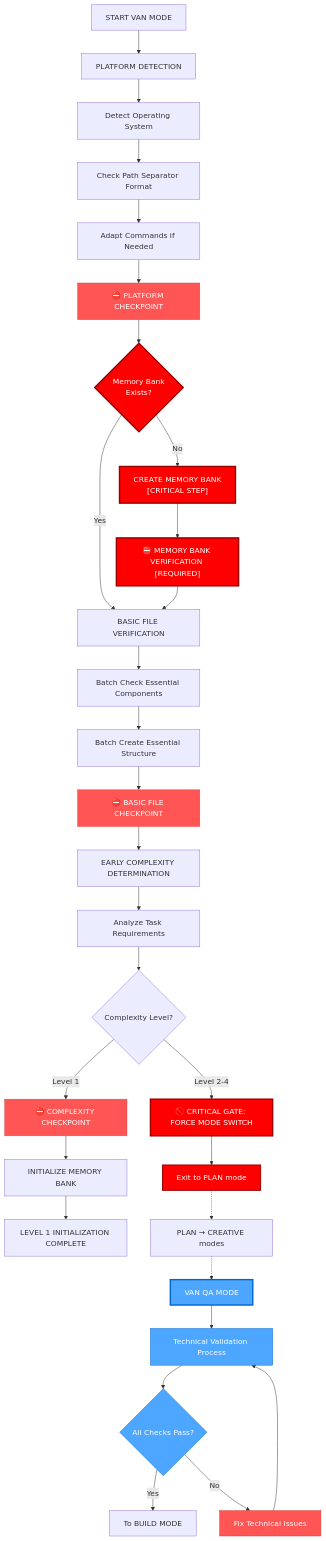
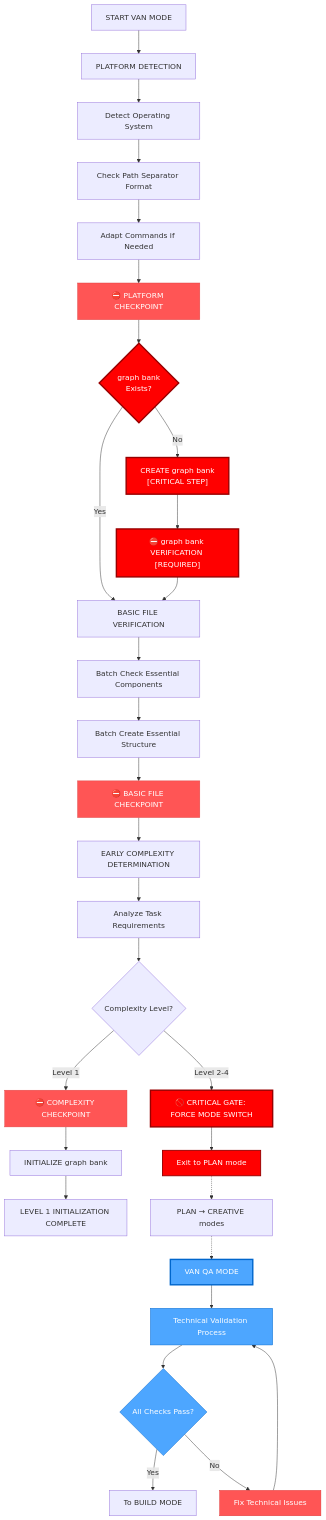
The first of 13 diagrams in .cursor/rules/isolation_rules/visual-maps/van_mode_split/van-mode-map.mdc (7Spade/cursor-memory-bank), drawn with Mermaid before and after one commit. The commit also changed other lines of this file and 43 other files, not shown here.

Commit message:
refactor: Update terminology from "Memory Bank" to "graph bank" across all relevant files, enhancing consistency in documentation and improving clarity in the system's architecture and processes

````diff
--- a/.cursor/rules/isolation_rules/visual-maps/van_mode_split/van-mode-map.mdc
+++ b/.cursor/rules/isolation_rules/visual-maps/van_mode_split/van-mode-map.mdc
@@ -15,57 +15,57 @@
 ```mermaid
 graph TD
     Start["START VAN MODE"] --> PlatformDetect["PLATFORM DETECTION"]
     PlatformDetect --> DetectOS["Detect Operating System"]
     DetectOS --> CheckPath["Check Path Separator Format"]
     CheckPath --> AdaptCmds["Adapt Commands if Needed"]
     AdaptCmds --> PlatformCP["⛔ PLATFORM CHECKPOINT"]
     
-    %% Add Critical Memory Bank Checkpoint
-    PlatformCP --> MemoryBankCheck{"Memory Bank<br>Exists?"}
-    MemoryBankCheck -->|"No"| CreateMemoryBank["CREATE MEMORY BANK<br>[CRITICAL STEP]"]
+    %% Add Critical graph bank Checkpoint
+    PlatformCP --> MemoryBankCheck{"graph bank<br>Exists?"}
+    MemoryBankCheck -->|"No"| CreateMemoryBank["CREATE graph bank<br>[CRITICAL STEP]"]
     MemoryBankCheck -->|"Yes"| BasicFileVerify["BASIC FILE VERIFICATION"]
-    CreateMemoryBank --> MemoryBankCP["⛔ MEMORY BANK VERIFICATION [REQUIRED]"]
+    CreateMemoryBank --> MemoryBankCP["⛔ graph bank VERIFICATION [REQUIRED]"]
     MemoryBankCP --> BasicFileVerify
     
     %% Basic File Verification with checkpoint
     BasicFileVerify --> BatchCheck["Batch Check Essential Components"]
     BatchCheck --> BatchCreate["Batch Create Essential Structure"]
     BatchCreate --> BasicFileCP["⛔ BASIC FILE CHECKPOINT"]
     
     %% Early Complexity Determination
     BasicFileCP --> EarlyComplexity["EARLY COMPLEXITY DETERMINATION"]
     EarlyComplexity --> AnalyzeTask["Analyze Task Requirements"]
     AnalyzeTask --> EarlyLevelCheck{"Complexity Level?"}
     
     %% Level handling paths
     EarlyLevelCheck -->|"Level 1"| ComplexityCP["⛔ COMPLEXITY CHECKPOINT"]
     EarlyLevelCheck -->|"Level 2-4"| CRITICALGATE["🚫 CRITICAL GATE: FORCE MODE SWITCH"]
     CRITICALGATE --> ForceExit["Exit to PLAN mode"]
     
     %% Level 1 continues normally
-    ComplexityCP --> InitSystem["INITIALIZE MEMORY BANK"]
+    ComplexityCP --> InitSystem["INITIALIZE graph bank"]
     InitSystem --> Complete1["LEVEL 1 INITIALIZATION COMPLETE"]
     
     %% For Level 2+ tasks after PLAN and CREATIVE modes
     ForceExit -.-> OtherModes["PLAN → CREATIVE modes"]
     OtherModes -.-> VANQA["VAN QA MODE"]
     VANQA --> QAProcess["Technical Validation Process"]
     QAProcess --> QACheck{"All Checks Pass?"}
     QACheck -->|"Yes"| BUILD["To BUILD MODE"]
     QACheck -->|"No"| FixIssues["Fix Technical Issues"]
     FixIssues --> QAProcess
     
     %% Style nodes
     style PlatformCP fill:#f55,stroke:#d44,color:white
     style MemoryBankCP fill:#ff0000,stroke:#990000,color:white,stroke-width:3px
     style MemoryBankCheck fill:#ff0000,stroke:#990000,color:white,stroke-width:3px
     style CreateMemoryBank fill:#ff0000,stroke:#990000,color:white,stroke-width:3px
     style BasicFileCP fill:#f55,stroke:#d44,color:white
     style ComplexityCP fill:#f55,stroke:#d44,color:white
     style CRITICALGATE fill:#ff0000,stroke:#990000,color:white,stroke-width:3px
     style ForceExit fill:#ff0000,stroke:#990000,color:white,stroke-width:2px
     style VANQA fill:#4da6ff,stroke:#0066cc,color:white,stroke-width:3px
     style QAProcess fill:#4da6ff,stroke:#0066cc,color:white
     style QACheck fill:#4da6ff,stroke:#0066cc,color:white
     style FixIssues fill:#ff5555,stroke:#dd3333,color:white
 ```
````
